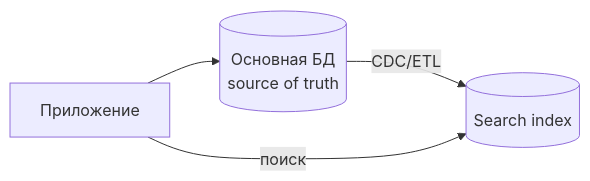
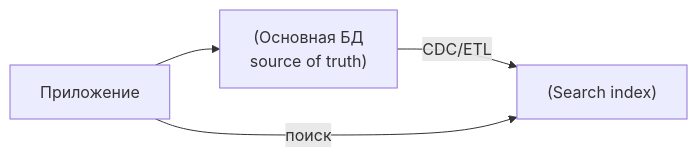
The fifth of 6 diagrams in directions/cs_fundamentals/db/pact/00_filosofiya_granitsy_mentalnye_modeli/02_0_2_klassifikatsiya_baz_dannyh_karta_mestnost.md (DDoSKudya/ai-study-atlas), drawn with Mermaid before and after one commit. The commit also changed other lines of this file and 322 other files, not shown here.

Commit message:
fix(docs): make mermaid diagrams GitHub-compatible across directions content

````diff
--- a/directions/cs_fundamentals/db/pact/00_filosofiya_granitsy_mentalnye_modeli/02_0_2_klassifikatsiya_baz_dannyh_karta_mestnost.md
+++ b/directions/cs_fundamentals/db/pact/00_filosofiya_granitsy_mentalnye_modeli/02_0_2_klassifikatsiya_baz_dannyh_karta_mestnost.md
@@ -387,6 +387,6 @@
 ```mermaid
 flowchart LR
-  Source[(Основная БД\nsource of truth)] -->|CDC/ETL| ES[(Search index)]
-  App[Приложение] --> Source
+  Source["(Основная БД\nsource of truth)"] -->|CDC/ETL| ES["(Search index)"]
+  App["Приложение"] --> Source
   App -->|поиск| ES
 ```
````
